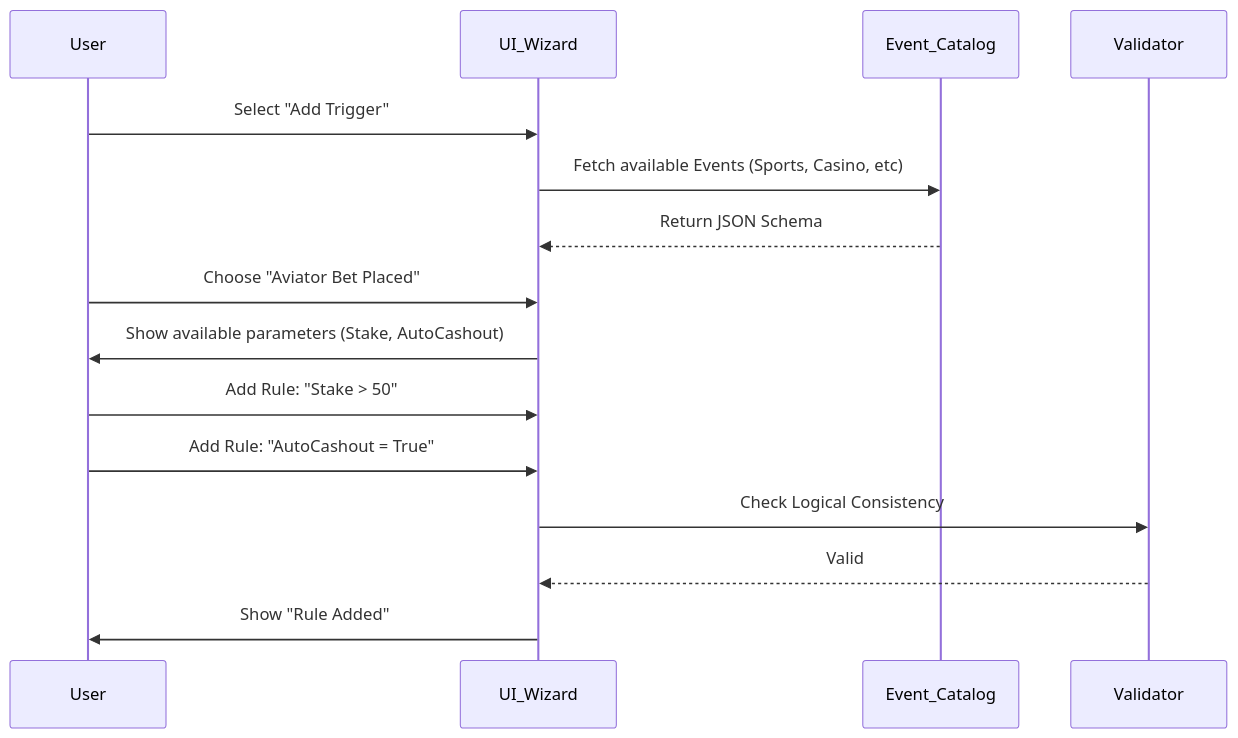
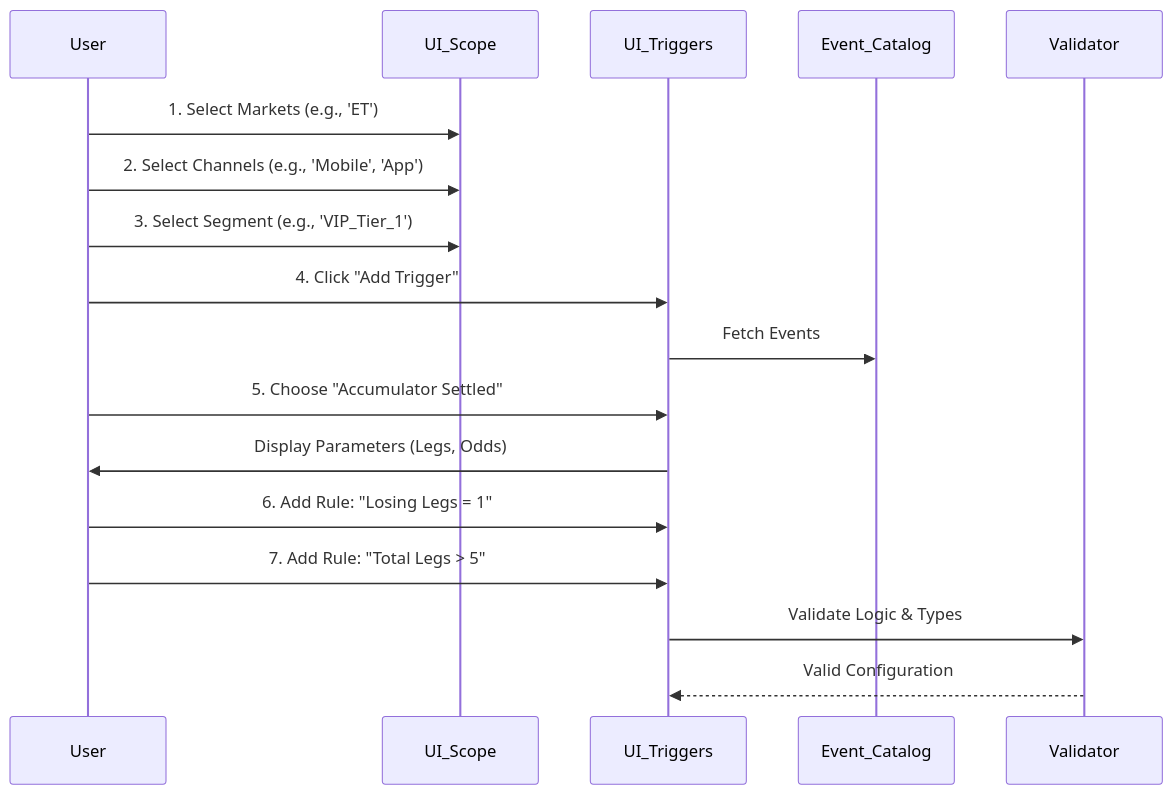
The second of 2 diagrams in FEATURES.md (realnanaks/BPP), drawn with Mermaid before and after one commit. The commit also changed other lines of this file, not shown here.

Commit message:
docs: Add Use Case Diagram, Event Data Table, and detailed UI specs to PRD

````diff
--- a/FEATURES.md
+++ b/FEATURES.md
@@ -95,18 +58,23 @@
 ```mermaid
 sequenceDiagram
     participant User
-    participant UI_Wizard
+    participant UI_Scope
+    participant UI_Triggers
     participant Event_Catalog
     participant Validator
 
-    User->>UI_Wizard: Select "Add Trigger"
-    UI_Wizard->>Event_Catalog: Fetch available Events (Sports, Casino, etc)
-    Event_Catalog-->>UI_Wizard: Return JSON Schema
-    User->>UI_Wizard: Choose "Aviator Bet Placed"
-    UI_Wizard->>User: Show available parameters (Stake, AutoCashout)
-    User->>UI_Wizard: Add Rule: "Stake > 50"
-    User->>UI_Wizard: Add Rule: "AutoCashout = True"
-    UI_Wizard->>Validator: Check Logical Consistency
-    Validator-->>UI_Wizard: Valid
-    UI_Wizard->>User: Show "Rule Added"
+    User->>UI_Scope: 1. Select Markets (e.g., 'ET')
+    User->>UI_Scope: 2. Select Channels (e.g., 'Mobile', 'App')
+    User->>UI_Scope: 3. Select Segment (e.g., 'VIP_Tier_1')
+    
+    User->>UI_Triggers: 4. Click "Add Trigger"
+    UI_Triggers->>Event_Catalog: Fetch Events
+    User->>UI_Triggers: 5. Choose "Accumulator Settled"
+    
+    UI_Triggers->>User: Display Parameters (Legs, Odds)
+    User->>UI_Triggers: 6. Add Rule: "Losing Legs = 1"
+    User->>UI_Triggers: 7. Add Rule: "Total Legs > 5"
+    
+    UI_Triggers->>Validator: Validate Logic & Types
+    Validator-->>UI_Triggers: Valid Configuration
 ```
````
